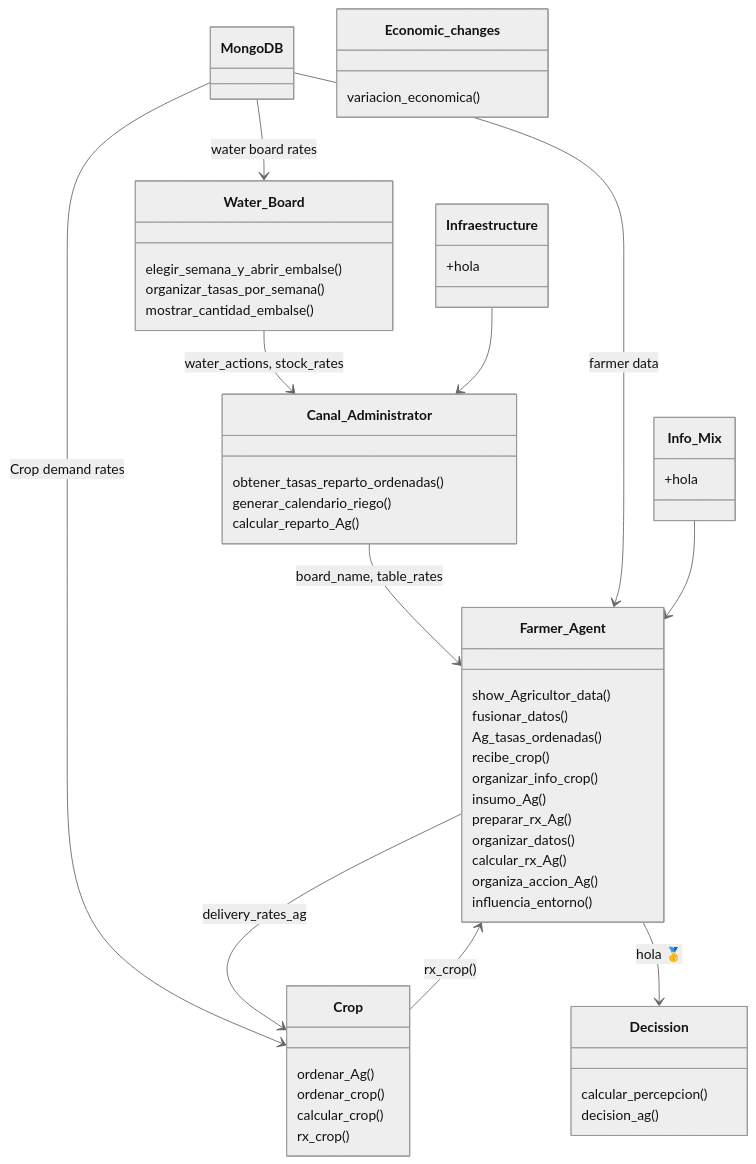
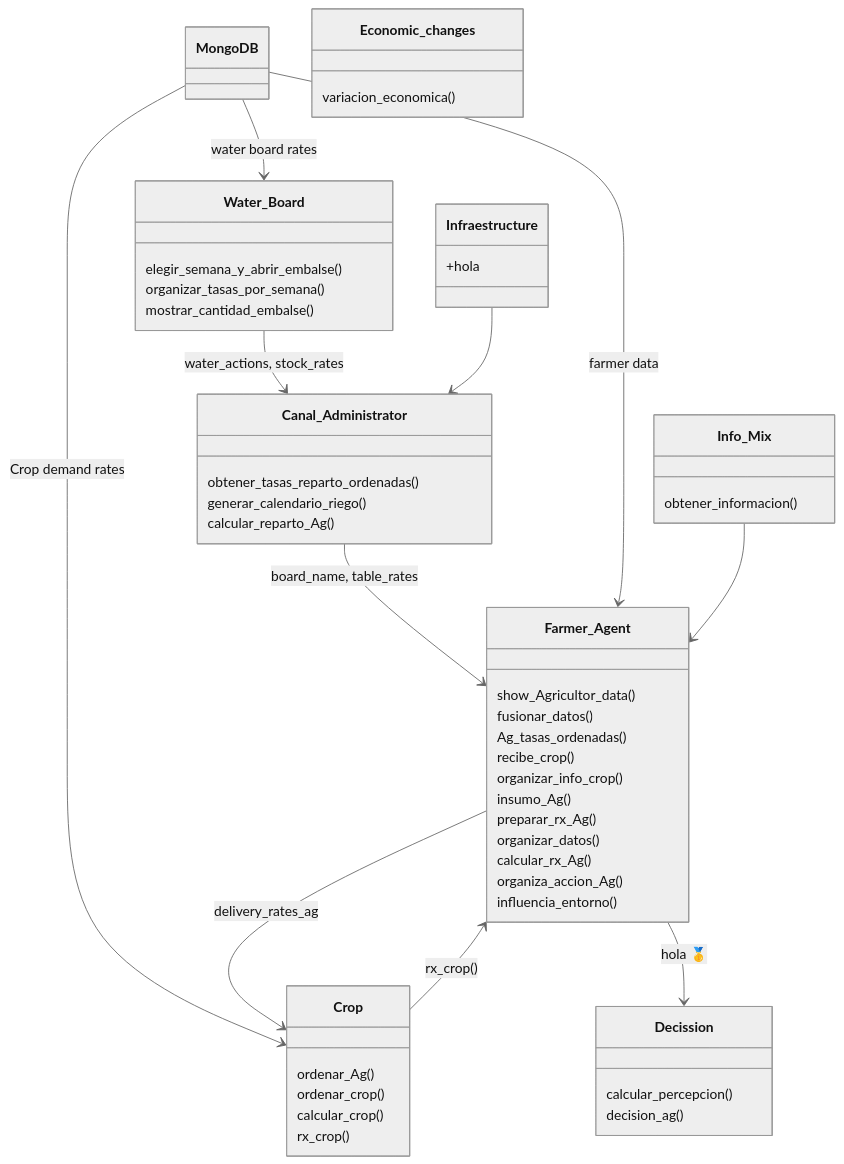
One commit to Pablov81/Agrotopia changed the diagram in README.md. Above: the diagram before and after it, drawn with Mermaid (neutral theme).

````diff
--- a/README.md
+++ b/README.md
@@ -46,66 +46,66 @@
 ```mermaid
 classDiagram
     class MongoDB {
     }
 
     class Water_Board {
         elegir_semana_y_abrir_embalse()
         organizar_tasas_por_semana()
         mostrar_cantidad_embalse()
     }
 
     class Canal_Administrator{
         obtener_tasas_reparto_ordenadas()
         generar_calendario_riego()
         calcular_reparto_Ag()
     }
 
     class Farmer_Agent {
         show_Agricultor_data()
         fusionar_datos()
         Ag_tasas_ordenadas()
         recibe_crop()
         organizar_info_crop()
         insumo_Ag()
         preparar_rx_Ag()
         organizar_datos()
         calcular_rx_Ag()
         organiza_accion_Ag()
         influencia_entorno()
     }
 
     class Crop {
         ordenar_Ag()
         ordenar_crop()
         calcular_crop()
         rx_crop()
     }
 
     class Decission {
         calcular_percepcion()
         decision_ag()
     }
 
     class Info_Mix {
-        +hola
+        obtener_informacion()
     }
 
     class Infraestructure {
         +hola
     }
 
     class Economic_changes {
         variacion_economica()
     }
 
     Water_Board --> Canal_Administrator: water_actions, stock_rates
     Canal_Administrator --> Farmer_Agent: board_name, table_rates
     MongoDB --> Water_Board: water board rates
     MongoDB --> Farmer_Agent: farmer data
     MongoDB --> Crop: Crop demand rates
     Farmer_Agent --> Crop: delivery_rates_ag
     Farmer_Agent --> Decission:hola 🥇
     Info_Mix-->Farmer_Agent
     Infraestructure-->Canal_Administrator
     Crop --> Farmer_Agent:rx_crop()
 ```
````
